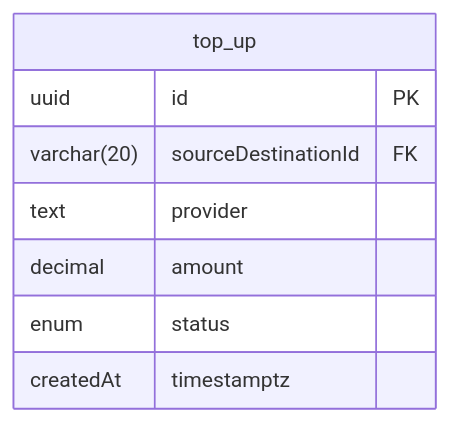
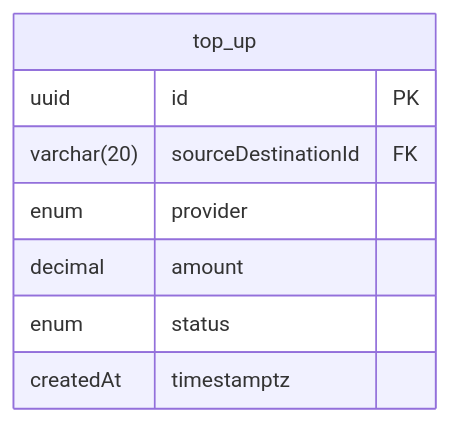
One commit to coinhub-uit/coinhub-uit.github.io changed the first of 2 diagrams in docs/diagrams/database/top-up.md. Above: the diagram before and after it, drawn with Mermaid. The commit also changed other lines of this file and 1 other file, not shown here.

Commit message:
fix: text -> enum top up prop

````diff
--- a/docs/diagrams/database/top-up.md
+++ b/docs/diagrams/database/top-up.md
@@ -22,11 +12,11 @@
 ```mermaid
 erDiagram
   top_up {
     uuid id PK
     varchar(20) sourceDestinationId FK
-    text provider
+    enum provider
     decimal amount
     enum status
     createdAt timestamptz
   }
 ```
````
